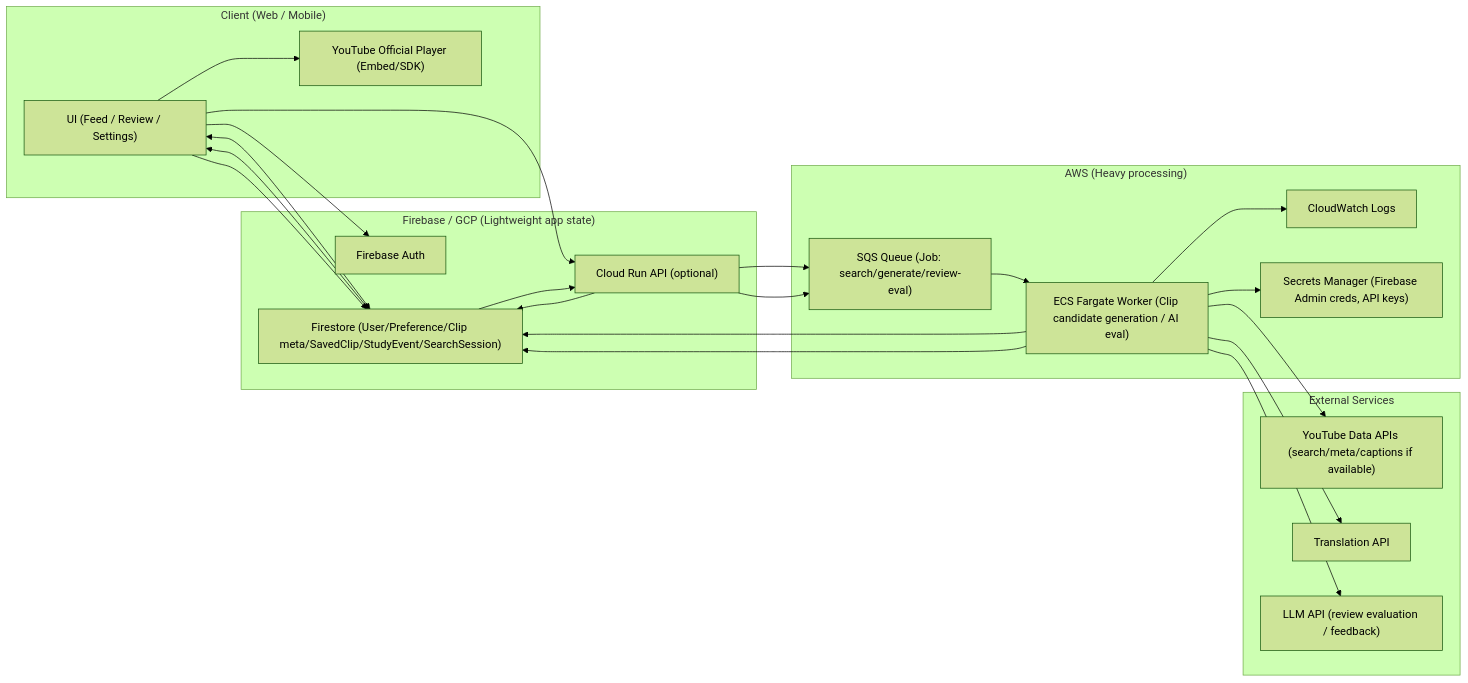
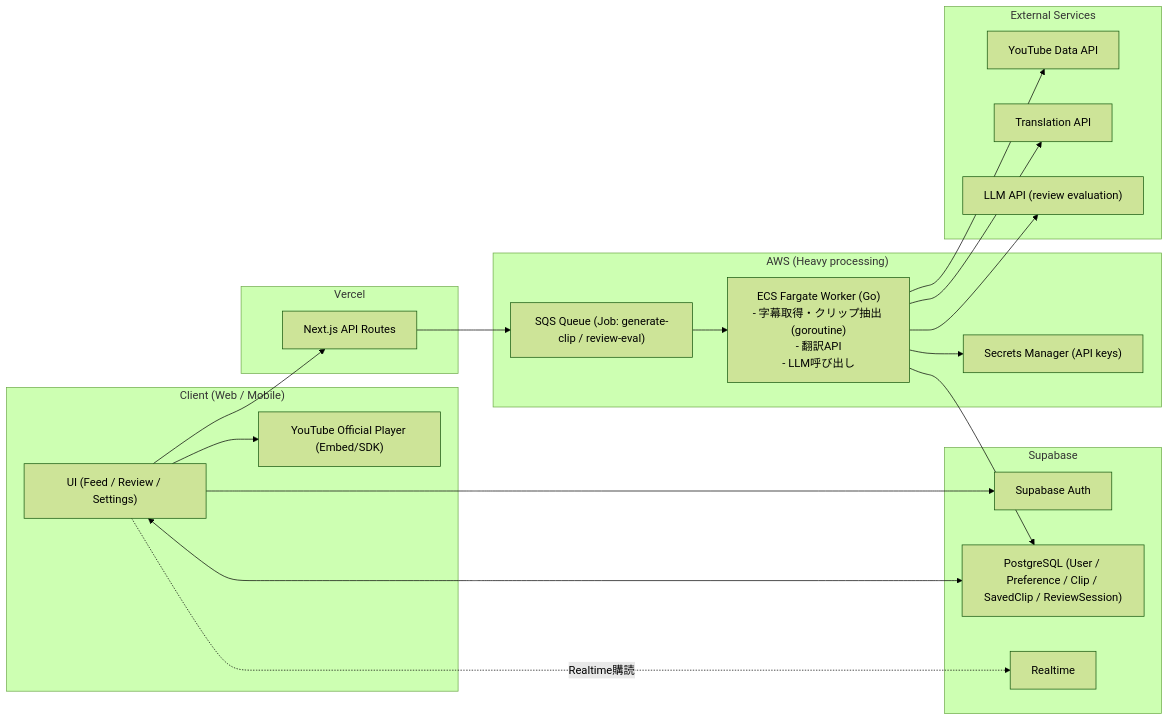
The first of 2 diagrams in docs/design.md (basking-cat/ClipVocab), drawn with Mermaid (forest theme) before and after one commit. The commit also changed other lines of this file, not shown here.

Commit message:
docs: redesign architecture with Supabase and simplify backend

````diff
--- a/docs/design.md
+++ b/docs/design.md
@@ -140,78 +140,73 @@
 ```mermaid
 flowchart LR
+
 %% ======================
 %% Client
 %% ======================
 subgraph Client["Client (Web / Mobile)"]
-UI["UI (Feed / Review / Settings)"]
-YTPlayer["YouTube Official Player (Embed/SDK)"]
+  UI["UI (Feed / Review / Settings)"]
+  YTPlayer["YouTube Official Player (Embed/SDK)"]
 end
 
 %% ======================
-%% Firebase / GCP side
+%% Vercel
 %% ======================
-subgraph Firebase["Firebase / GCP (Lightweight app state)"]
-Auth["Firebase Auth"]
-FS["Firestore (User/Preference/Clip meta/SavedClip/StudyEvent/SearchSession)"]
-CR["Cloud Run API (optional)"]
+subgraph Vercel["Vercel"]
+  NextAPI["Next.js API Routes"]
+end
+
+%% ======================
+%% Supabase
+%% ======================
+subgraph Supabase["Supabase"]
+  SB_Auth["Supabase Auth"]
+  SB_DB["PostgreSQL (User / Preference / Clip / SavedClip / ReviewSession)"]
+  SB_RT["Realtime"]
 end
 
 %% ======================
 %% AWS side
 %% ======================
 subgraph AWS["AWS (Heavy processing)"]
-SQS["SQS Queue (Job: search/generate/review-eval)"]
-Fargate["ECS Fargate Worker (Clip candidate generation / AI eval)"]
-CloudWatch_Logs["CloudWatch Logs"]
-Secrets_Manager["Secrets Manager (Firebase Admin creds, API keys)"]
+  SQS["SQS Queue (Job: generate-clip / review-eval)"]
+  Fargate["ECS Fargate Worker (Go)\n- 字幕取得・クリップ抽出 (goroutine)\n- 翻訳API\n- LLM呼び出し"]
+  Secrets_Manager["Secrets Manager (API keys)"]
 end
 
 %% ======================
 %% External services
 %% ======================
 subgraph External["External Services"]
-YTAPI["YouTube Data APIs (search/meta/captions if available)"]
-Translate["Translation API"]
-LLM["LLM API (review evaluation / feedback)"]
+  YTAPI["YouTube Data API"]
+  Translate["Translation API"]
+  LLM["LLM API (review evaluation)"]
 end
 
 %% ----------------------
-%% Auth & app state
+%% Auth & direct data access
 %% ----------------------
-UI --> Auth
-UI <--> FS
+UI --> SB_Auth
+UI <--> SB_DB
+UI -.->|Realtime購読| SB_RT
 
 %% ----------------------
-%% Search / feed generation
+%% Job投入が必要な操作
 %% ----------------------
-UI --> CR
-CR --> FS
-CR --> SQS
+UI --> NextAPI
+NextAPI --> SQS
+
+%% ----------------------
+%% Worker
+%% ----------------------
 SQS --> Fargate
-
-%% Worker reads secrets + calls external APIs
 Fargate --> Secrets_Manager
 Fargate --> YTAPI
 Fargate --> Translate
-
-%% Worker writes results back
-Fargate --> FS
-Fargate --> CloudWatch_Logs
-
-%% Client listens for updates
-UI <--> FS
+Fargate --> LLM
+Fargate --> SB_DB
 
 %% ----------------------
 %% Playback
 %% ----------------------
 UI --> YTPlayer
-
-%% ----------------------
-%% Review
-%% ----------------------
-UI --> FS
-FS --> CR
-CR --> SQS
-Fargate --> LLM
-Fargate --> FS
 ```
````
